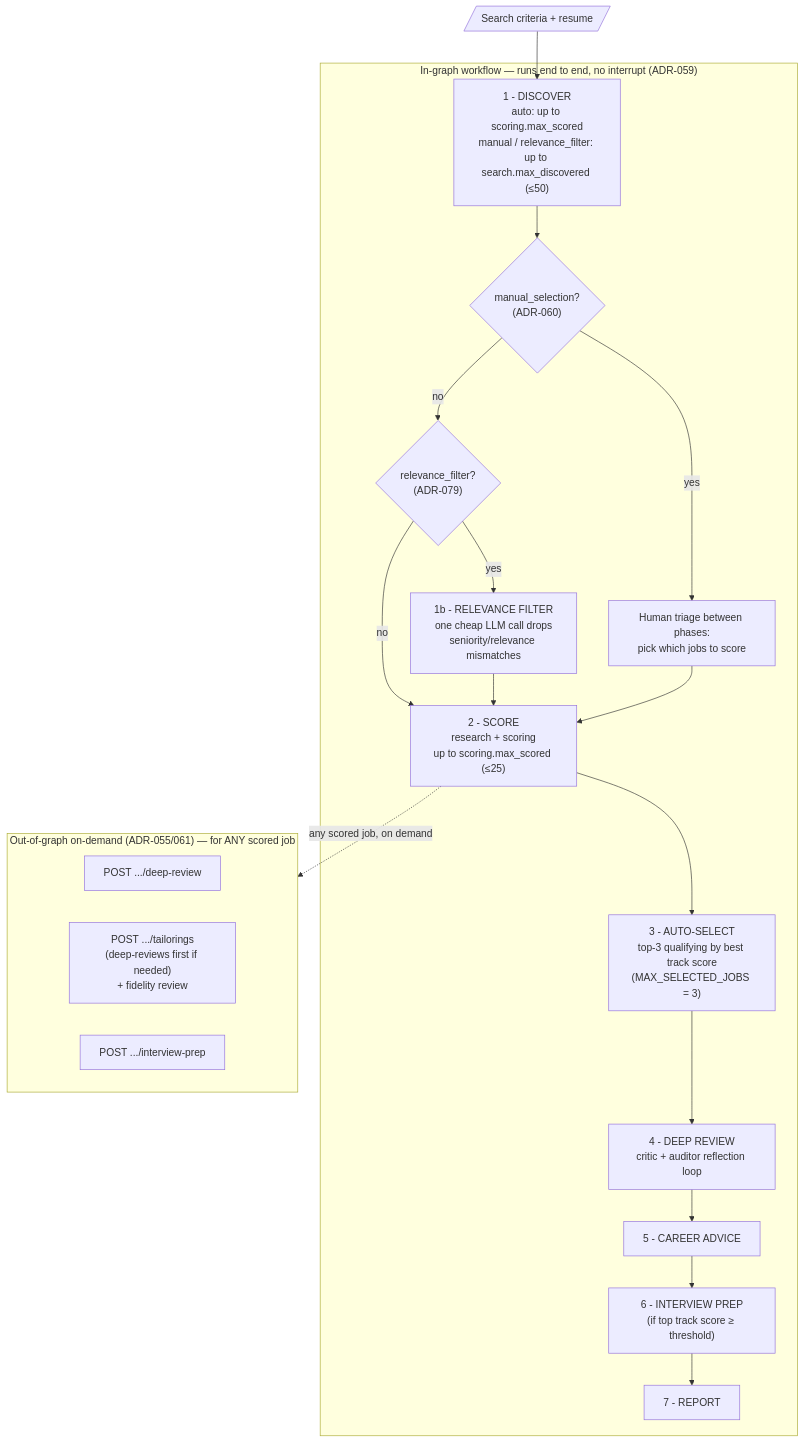
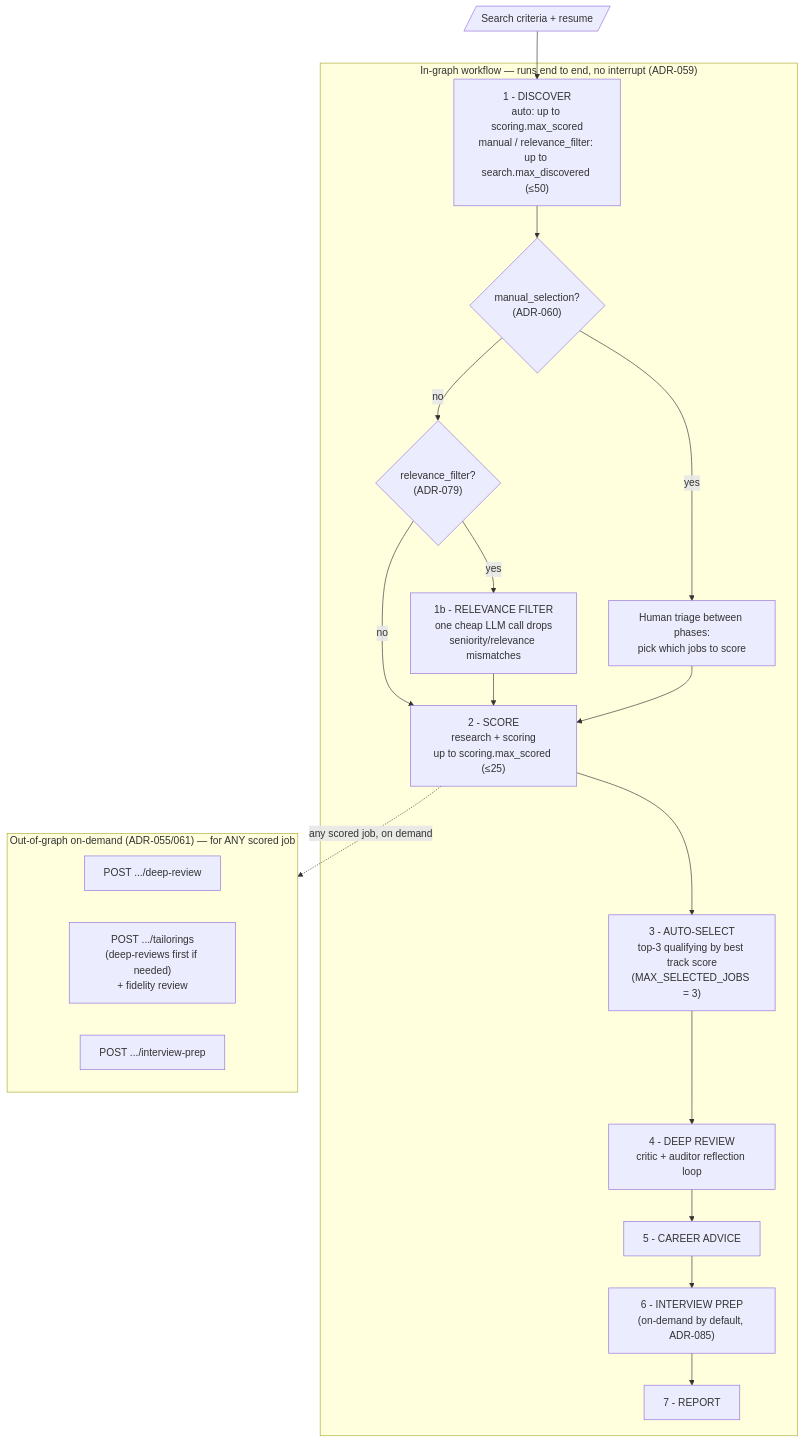
Before and after one commit to suthrams/jobsearchagent-v2: the diagram in docs/architecture/workflow_model.md, drawn with Mermaid. The commit also changed 21 other files, not shown here.

First line of the commit message:
feat(cost): interview prep on-demand by default + verbose-agent output conciseness (ADR-085)

````diff
--- a/docs/architecture/workflow_model.md
+++ b/docs/architecture/workflow_model.md
@@ -68,29 +68,29 @@
 ```mermaid
 flowchart TD
     SC[/"Search criteria + resume"/] --> DISC
 
     subgraph ingraph["In-graph workflow — runs end to end, no interrupt (ADR-059)"]
         DISC["1 - DISCOVER<br/>auto: up to scoring.max_scored<br/>manual / relevance_filter: up to search.max_discovered (&le;50)"]
         DISC --> MAN{"manual_selection?<br/>(ADR-060)"}
         MAN -- "yes" --> TRIAGE["Human triage between phases:<br/>pick which jobs to score"]
         MAN -- "no" --> RF{"relevance_filter?<br/>(ADR-079)"}
         RF -- "yes" --> FILT["1b - RELEVANCE FILTER<br/>one cheap LLM call drops<br/>seniority/relevance mismatches"]
         RF -- "no" --> SCORE
         FILT --> SCORE
         TRIAGE --> SCORE["2 - SCORE<br/>research + scoring<br/>up to scoring.max_scored (&le;25)"]
         SCORE --> SEL["3 - AUTO-SELECT<br/>top-3 qualifying by best track score<br/>(MAX_SELECTED_JOBS = 3)"]
         SEL --> DEEP["4 - DEEP REVIEW<br/>critic + auditor reflection loop"]
         DEEP --> ADV["5 - CAREER ADVICE"]
-        ADV --> INT["6 - INTERVIEW PREP<br/>(if top track score &ge; threshold)"]
+        ADV --> INT["6 - INTERVIEW PREP<br/>(on-demand by default, ADR-085)"]
         INT --> REP["7 - REPORT"]
     end
 
     SCORE -. "any scored job, on demand" .-> OND
 
     subgraph OND["Out-of-graph on-demand (ADR-055/061) — for ANY scored job"]
         direction LR
         ODR["POST .../deep-review"]
         OTAIL["POST .../tailorings<br/>(deep-reviews first if needed)<br/>+ fidelity review"]
         OINT["POST .../interview-prep"]
     end
 ```
````
